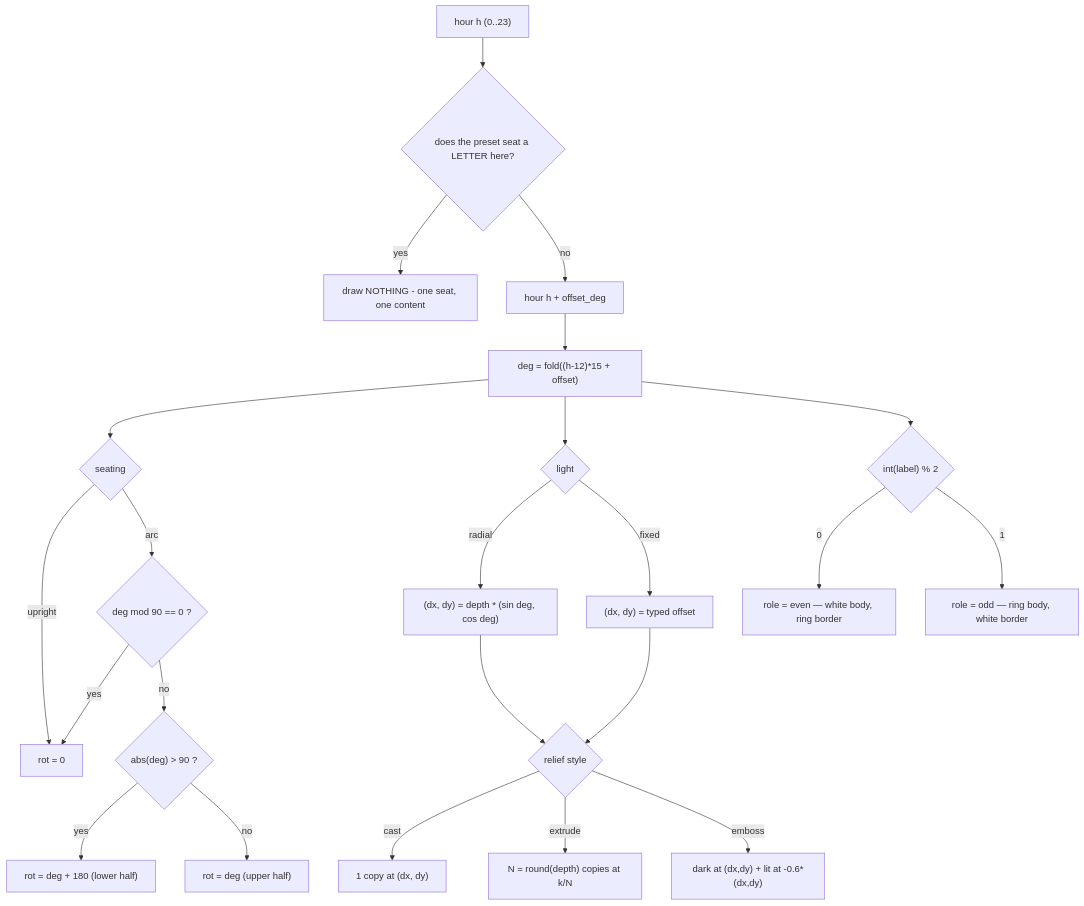
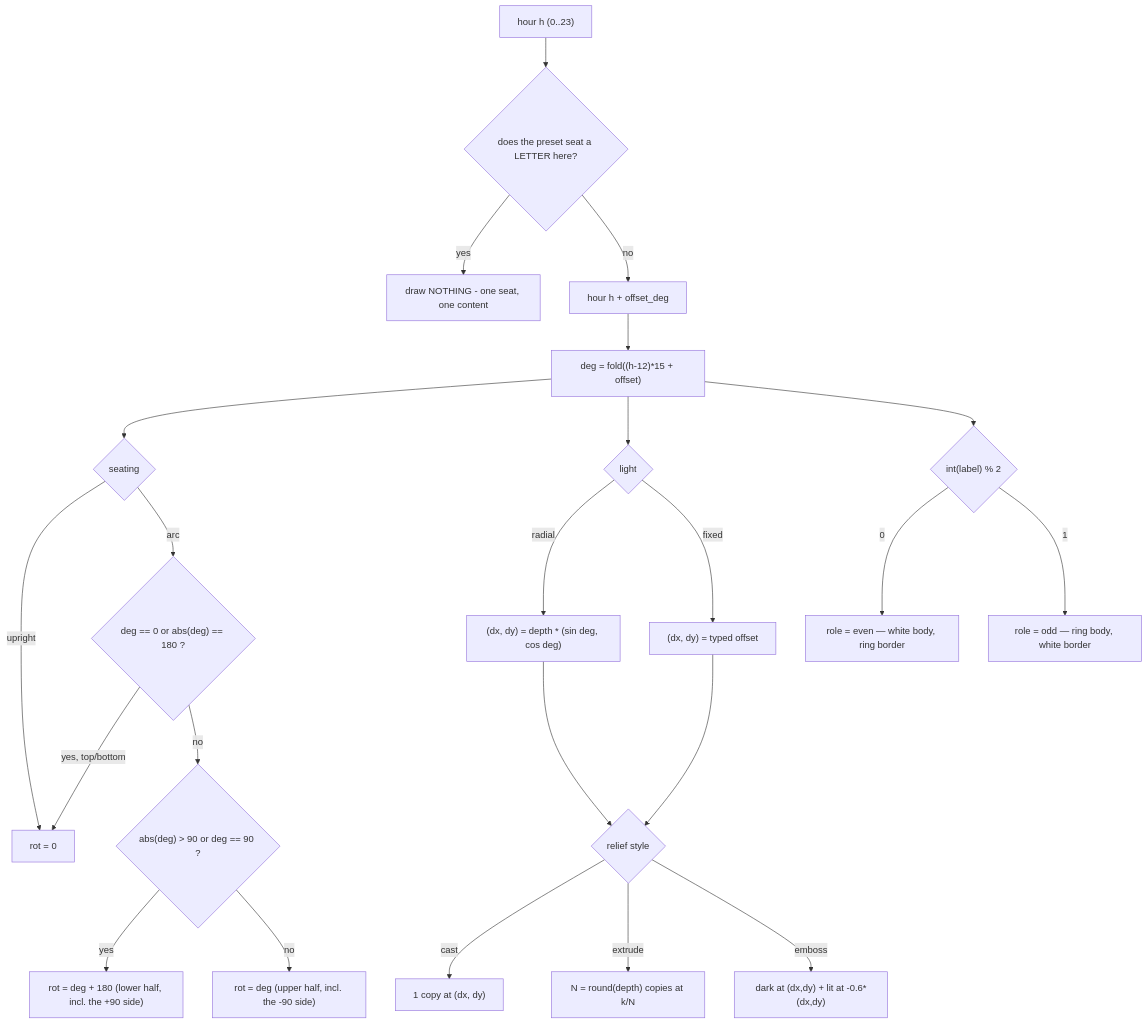
The first of 2 diagrams in core/__flow/numerals.md (UVuruna/Watch-Academy), drawn with Mermaid before and after one commit. The commit also changed other lines of this file and 9 other files, not shown here.

First line of the commit message:
0.14.920 THE FLOWING SIDES — 6 and 18 flow like 45 and 15, and the third quadrant reads again

````diff
--- a/core/__flow/numerals.md
+++ b/core/__flow/numerals.md
@@ -5,25 +5,25 @@
 ```mermaid
 flowchart TD
     Z["hour h (0..23)"] --> Y{"does the preset seat a LETTER here?"}
     Y -->|yes| X["draw NOTHING - one seat, one content"]
     Y -->|no| A["hour h + offset_deg"]
     A --> B["deg = fold((h-12)*15 + offset)"]
     B --> C{seating}
     C -->|upright| D["rot = 0"]
-    C -->|arc| E{"deg mod 90 == 0 ?"}
-    E -->|yes| D
-    E -->|no| F{"abs(deg) > 90 ?"}
-    F -->|yes| G["rot = deg + 180 (lower half)"]
-    F -->|no| H["rot = deg (upper half)"]
+    C -->|arc| E{"deg == 0 or abs(deg) == 180 ?"}
+    E -->|yes, top/bottom| D
+    E -->|no| F{"abs(deg) > 90 or deg == 90 ?"}
+    F -->|yes| G["rot = deg + 180 (lower half, incl. the +90 side)"]
+    F -->|no| H["rot = deg (upper half, incl. the -90 side)"]
     B --> I{light}
     I -->|radial| J["(dx, dy) = depth * (sin deg, cos deg)"]
     I -->|fixed| K["(dx, dy) = typed offset"]
     J --> L{relief style}
     K --> L
     L -->|cast| M["1 copy at (dx, dy)"]
     L -->|extrude| N["N = round(depth) copies at k/N"]
     L -->|emboss| O["dark at (dx,dy) + lit at -0.6*(dx,dy)"]
     B --> P{"int(label) % 2"}
     P -->|0| Q["role = even — white body, ring border"]
     P -->|1| R["role = odd — ring body, white border"]
 ```
````
